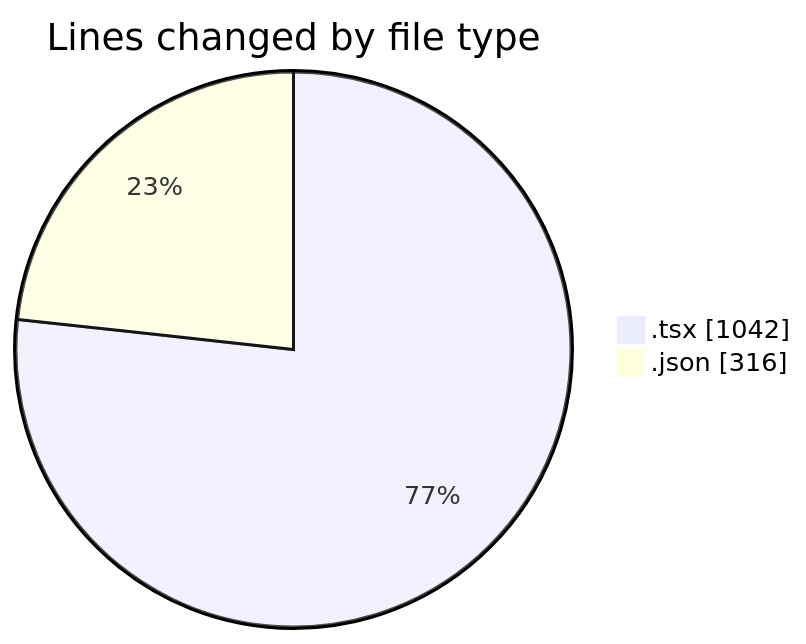
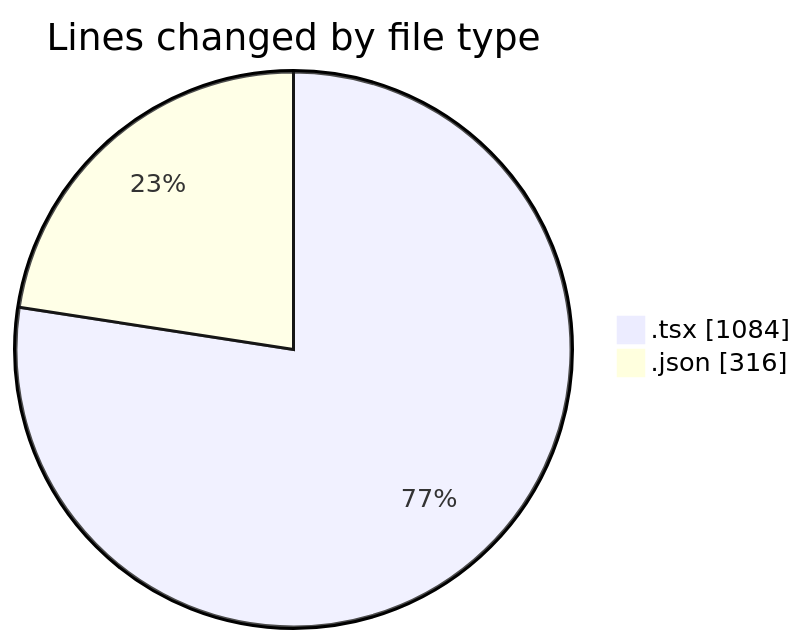
The first of 2 diagrams in 2025-08-13/ribbon/README.md (EIIisD/code-tracking), drawn with Mermaid before and after one commit. The commit also changed other lines of this file and 1 other file, not shown here.

````diff
--- a/2025-08-13/ribbon/README.md
+++ b/2025-08-13/ribbon/README.md
@@ -26,6 +26,6 @@
 ```mermaid
 pie showData
 title Lines changed by file type
-".tsx" : 1042
+".tsx" : 1084
 ".json" : 316
 ```
````
